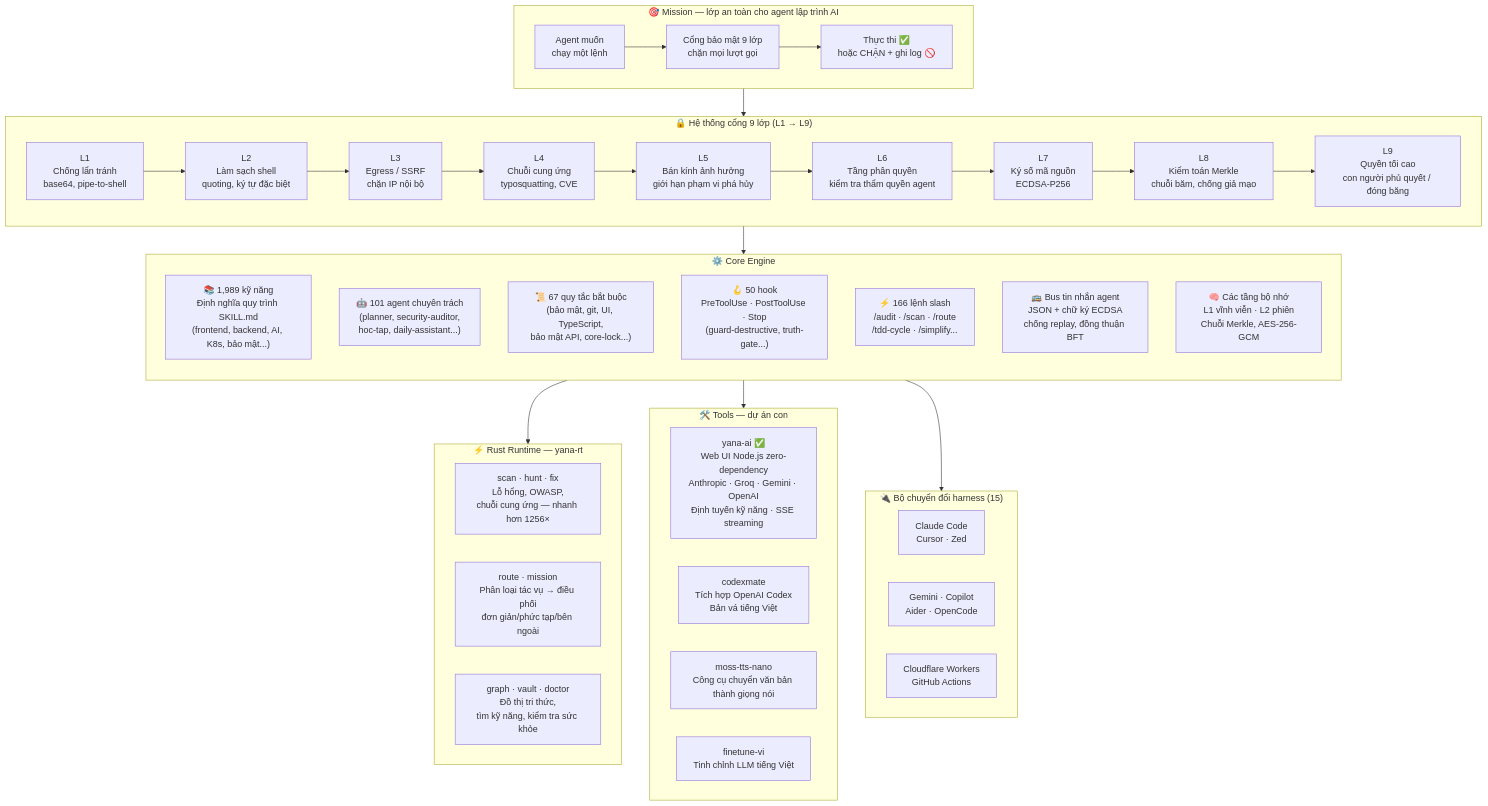
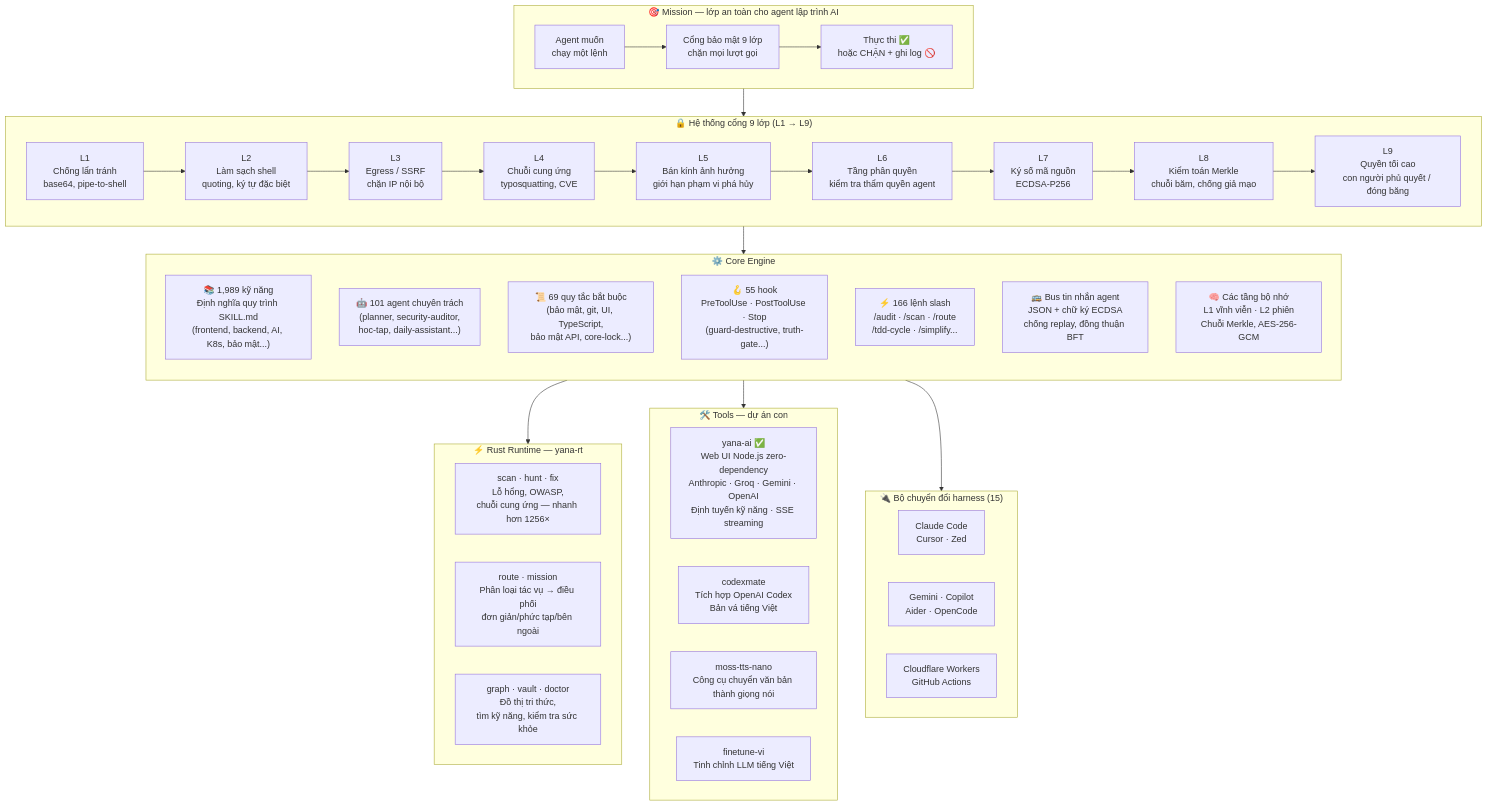
The diagram in README.vi.md (yanacuti1121/Yana-AI), drawn with Mermaid before and after one commit. The commit also changed other lines of this file and 17 other files, not shown here.

````diff
--- a/README.vi.md
+++ b/README.vi.md
@@ -113,70 +113,70 @@
 ```mermaid
 graph TB
     %% ── Mission ──────────────────────────────────────────────────────────
     subgraph MISSION["🎯 Mission — lớp an toàn cho agent lập trình AI"]
         direction LR
         AGENT["Agent muốn\nchạy một lệnh"]
         GATE["Cổng bảo mật 9 lớp\nchặn mọi lượt gọi"]
         OUT["Thực thi ✅\nhoặc CHẶN + ghi log 🚫"]
         AGENT --> GATE --> OUT
     end
 
     %% ── Gate layers ──────────────────────────────────────────────────────
     subgraph GATES["🔒 Hệ thống cổng 9 lớp (L1 → L9)"]
         direction LR
         G1["L1\nChống lẩn tránh\nbase64, pipe-to-shell"]
         G2["L2\nLàm sạch shell\nquoting, ký tự đặc biệt"]
         G3["L3\nEgress / SSRF\nchặn IP nội bộ"]
         G4["L4\nChuỗi cung ứng\ntyposquatting, CVE"]
         G5["L5\nBán kính ảnh hưởng\ngiới hạn phạm vi phá hủy"]
         G6["L6\nTầng phân quyền\nkiểm tra thẩm quyền agent"]
         G7["L7\nKý số mã nguồn\nECDSA-P256"]
         G8["L8\nKiểm toán Merkle\nchuỗi băm, chống giả mạo"]
         G9["L9\nQuyền tối cao\ncon người phủ quyết / đóng băng"]
         G1 --> G2 --> G3 --> G4 --> G5 --> G6 --> G7 --> G8 --> G9
     end
 
     %% ── Core engine ──────────────────────────────────────────────────────
     subgraph CORE["⚙️ Core Engine"]
         direction TB
         SKILLS["📚 1,989 kỹ năng\nĐịnh nghĩa quy trình SKILL.md\n(frontend, backend, AI, K8s, bảo mật...)"]
         AGENTS["🤖 101 agent chuyên trách\n(planner, security-auditor,\nhoc-tap, daily-assistant...)"]
-        RULES["📜 67 quy tắc bắt buộc\n(bảo mật, git, UI, TypeScript,\nbảo mật API, core-lock...)"]
-        HOOKS["🪝 50 hook\nPreToolUse · PostToolUse · Stop\n(guard-destructive, truth-gate...)"]
+        RULES["📜 69 quy tắc bắt buộc\n(bảo mật, git, UI, TypeScript,\nbảo mật API, core-lock...)"]
+        HOOKS["🪝 55 hook\nPreToolUse · PostToolUse · Stop\n(guard-destructive, truth-gate...)"]
         CMDS["⚡ 166 lệnh slash\n/audit · /scan · /route\n/tdd-cycle · /simplify..."]
         BUS["🚌 Bus tin nhắn agent\nJSON + chữ ký ECDSA\nchống replay, đồng thuận BFT"]
         MEM["🧠 Các tầng bộ nhớ\nL1 vĩnh viễn · L2 phiên\nChuỗi Merkle, AES-256-GCM"]
     end
 
     %% ── Rust runtime ─────────────────────────────────────────────────────
     subgraph RT["⚡ Rust Runtime — yana-rt"]
         direction LR
         SCAN["scan · hunt · fix\nLỗ hổng, OWASP,\nchuỗi cung ứng — nhanh hơn 1256×"]
         ROUTE["route · mission\nPhân loại tác vụ → điều phối\nđơn giản/phức tạp/bên ngoài"]
         VAULT["graph · vault · doctor\nĐồ thị tri thức,\ntìm kỹ năng, kiểm tra sức khỏe"]
     end
 
     %% ── Tools ────────────────────────────────────────────────────────────
     subgraph TOOLS["🛠️ Tools — dự án con"]
         direction LR
         YANA["yana-ai ✅\nWeb UI Node.js zero-dependency\nAnthropic · Groq · Gemini · OpenAI\nĐịnh tuyến kỹ năng · SSE streaming"]
         CODEXMATE["codexmate\nTích hợp OpenAI Codex\nBản vá tiếng Việt"]
         MOSS["moss-tts-nano\nCông cụ chuyển văn bản thành giọng nói"]
         FINETUNE["finetune-vi\nTinh chỉnh LLM tiếng Việt"]
     end
 
     %% ── Harness adapters ─────────────────────────────────────────────────
     subgraph HARNESS["🔌 Bộ chuyển đổi harness (15)"]
         direction LR
         H1["Claude Code\nCursor · Zed"]
         H2["Gemini · Copilot\nAider · OpenCode"]
         H3["Cloudflare Workers\nGitHub Actions"]
     end
 
     %% ── Connections ──────────────────────────────────────────────────────
     MISSION --> GATES
     GATES --> CORE
     CORE --> RT
     CORE --> TOOLS
     CORE --> HARNESS
 ```
````
